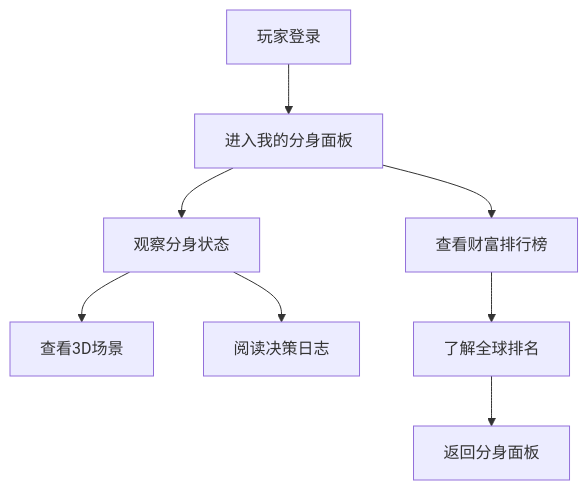
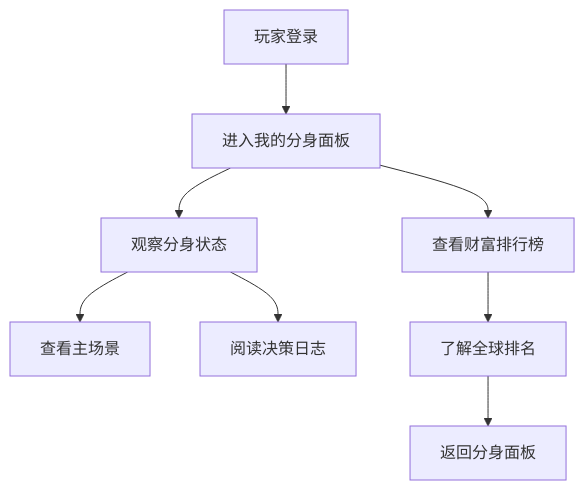
The diagram in .trae/documents/secondme-a2a-simulation-prd.md (Terencesun/hackathon-202602), drawn with Mermaid before and after one commit. The commit also changed 1 other file, not shown here.

Commit message:
docs: 更新 SecondME A2A 仿真文档

````diff
--- a/.trae/documents/secondme-a2a-simulation-prd.md
+++ b/.trae/documents/secondme-a2a-simulation-prd.md
@@ -49,10 +49,10 @@
 ```mermaid
 graph TD
     A[玩家登录] --> B[进入我的分身面板]
     B --> C[观察分身状态]
-    C --> D[查看3D场景]
+    C --> D[查看主场景]
     C --> E[阅读决策日志]
     B --> F[查看财富排行榜]
     F --> G[了解全球排名]
     G --> H[返回分身面板]
 ```
````
